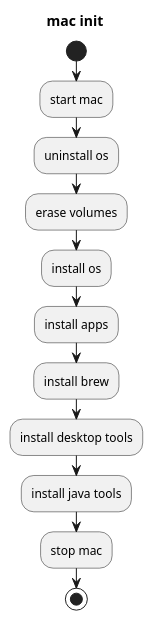
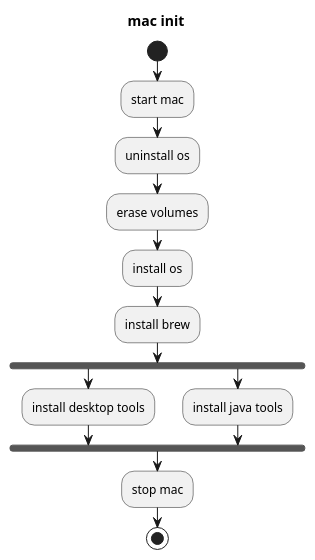
One commit to amsdams/howtos changed the diagram in postinstall-2021.plantuml. Above: the diagram before and after it, drawn with PlantUML.

```diff
--- a/postinstall-2021.plantuml
+++ b/postinstall-2021.plantuml
@@ -1,18 +1,24 @@
 @startuml
 title mac init
 
 start
 
 :start mac;
 :uninstall os;
 :erase volumes;
 :install os;
-:install apps;
 :install brew;
-:install desktop tools;
-:install java tools;
+
+  fork
+    :install desktop tools;
+  fork again
+    :install java tools;
+  end fork
+  
+
+
 :stop mac;
 
 stop
 
 @enduml
```
